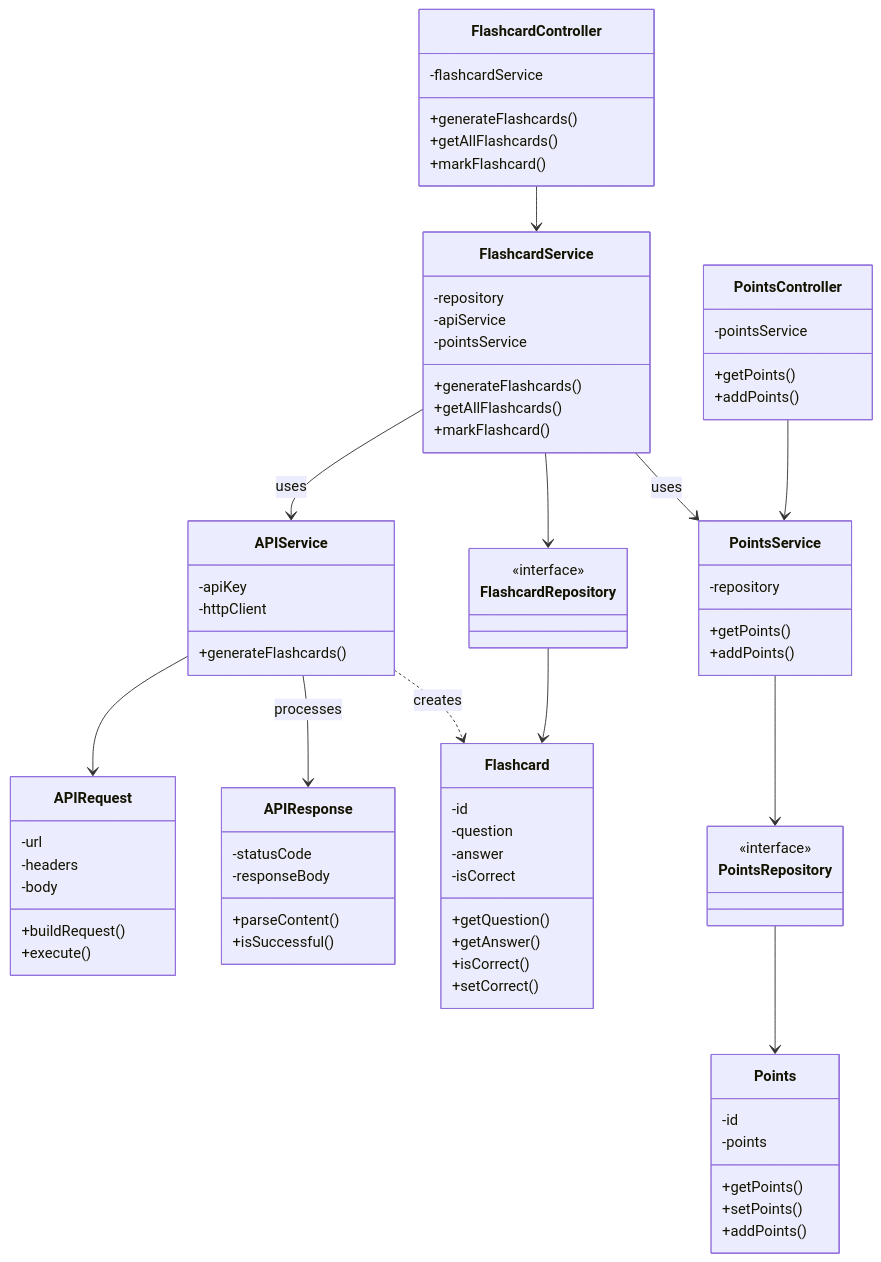
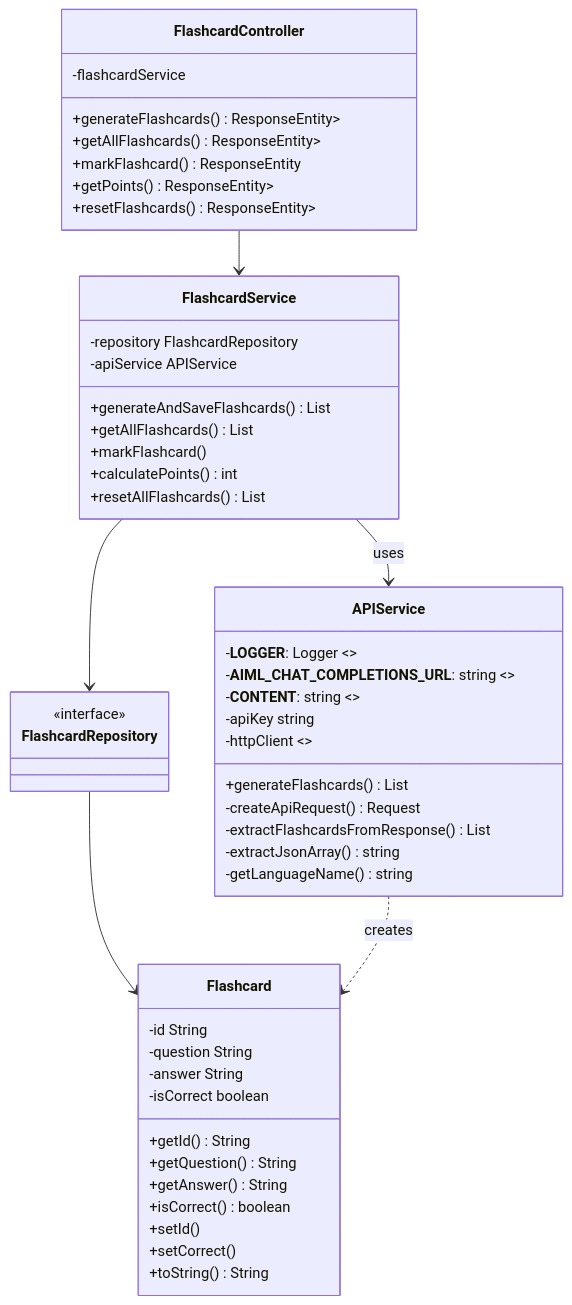
The first of 2 diagrams in README.md (DeadpoolDoingDishes/team04-404_speed_not_found-projekt2quizbot-clone), drawn with Mermaid before and after one commit. The commit also changed other lines of this file, not shown here.

Commit message:
updated our UMLs

````diff
--- a/README.md
+++ b/README.md
@@ -18,79 +18,58 @@
 ```mermaid
 classDiagram
+
     class FlashcardController {
         -flashcardService
-        +generateFlashcards()
-        +getAllFlashcards()
-        +markFlashcard()
-    }
-    class PointsController {
-        -pointsService
-        +getPoints()
-        +addPoints()
+        +generateFlashcards() ResponseEntity<List<Flashcard>>
+        +getAllFlashcards() ResponseEntity<List<Flashcard>>
+        +markFlashcard() ResponseEntity<Void>
+        +getPoints() ResponseEntity<Map<String, Integer>>
+        +resetFlashcards() ResponseEntity<List<Flashcard>>
     }
     class FlashcardService {
-        -repository
-        -apiService
-        -pointsService
-        +generateFlashcards()
-        +getAllFlashcards()
+        -repository FlashcardRepository
+        -apiService APIService
+        +generateAndSaveFlashcards() List<Flashcard>
+        +getAllFlashcards() List<Flashcard>
         +markFlashcard()
+        +calculatePoints() int
+        +resetAllFlashcards() List<Flashcard>
     }
-    class PointsService {
-        -repository
-        +getPoints()
-        +addPoints()
+
+    class APIService {
+        -__LOGGER__: Logger <<final>>
+        -__AIML_CHAT_COMPLETIONS_URL__: string <<final>>
+        -__CONTENT__: string <<final>>
+        -apiKey string 
+        -httpClient <<final>>
+        +generateFlashcards() List<Flashcard>
+        -createApiRequest() Request
+        -extractFlashcardsFromResponse() List<Flashcard>
+        -extractJsonArray() string
+        -getLanguageName() string
     }
-    class APIService {
-        -apiKey
-        -httpClient
-        +generateFlashcards()
+
+    class Flashcard {
+        -id String
+        -question String
+        -answer String
+        -isCorrect boolean
+        +getId() String
+        +getQuestion() String
+        +getAnswer() String
+        +isCorrect() boolean
+        +setId()
+        +setCorrect()
+        +toString() String
     }
-    class APIRequest {
-        -url
-        -headers
-        -body
-        +buildRequest()
-        +execute()
-    }
-    class APIResponse {
-        -statusCode
-        -responseBody
-        +parseContent()
-        +isSuccessful()
-    }
-    class Flashcard {
-        -id
-        -question
-        -answer
-        -isCorrect
-        +getQuestion()
-        +getAnswer()
-        +isCorrect()
-        +setCorrect()
-    }
-    class Points {
-        -id
-        -points
-        +getPoints()
-        +setPoints()
-        +addPoints()
-    }
+
     class FlashcardRepository {
         <<interface>>
     }
-    class PointsRepository {
-        <<interface>>
-    }
+
     FlashcardController --> FlashcardService
-    PointsController --> PointsService
     FlashcardService --> FlashcardRepository
     FlashcardService --> APIService: uses
-    FlashcardService --> PointsService: uses
-    PointsService --> PointsRepository
     FlashcardRepository --> Flashcard
-    PointsRepository --> Points
-    APIService --> APIRequest
-    APIService --> APIResponse: processes
     APIService ..> Flashcard: creates
 ```
````
